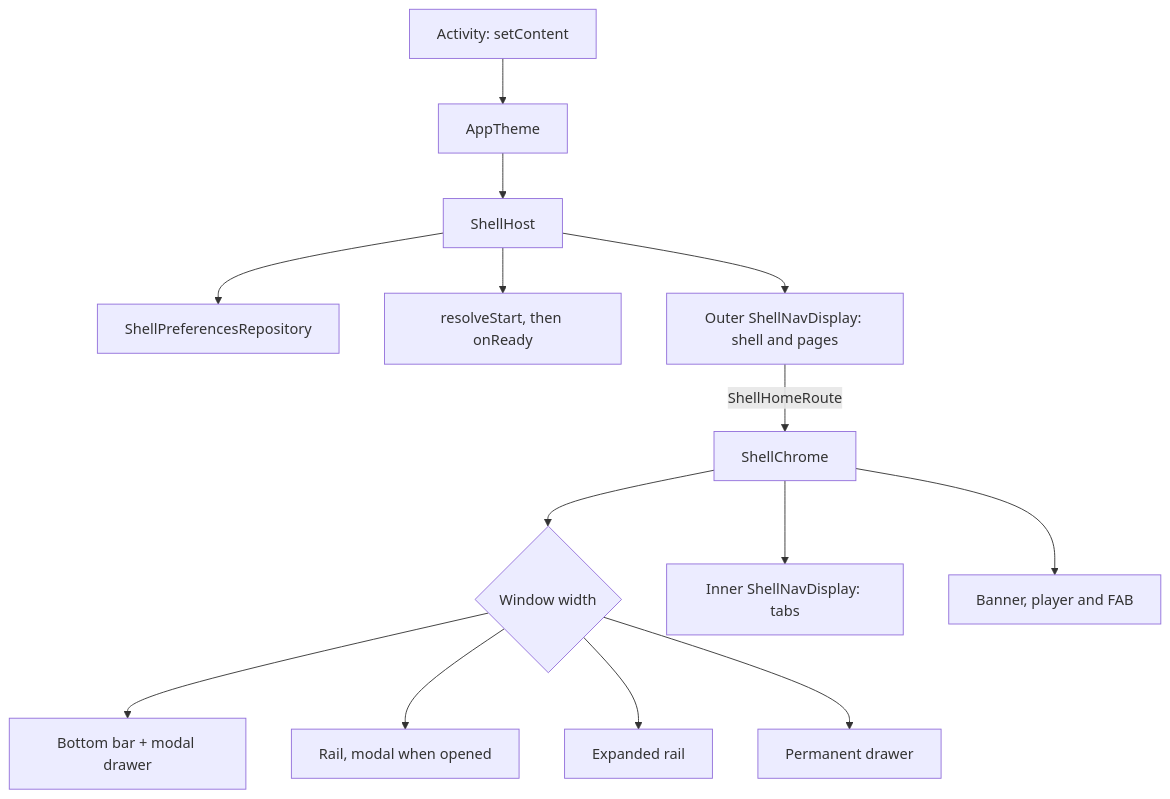
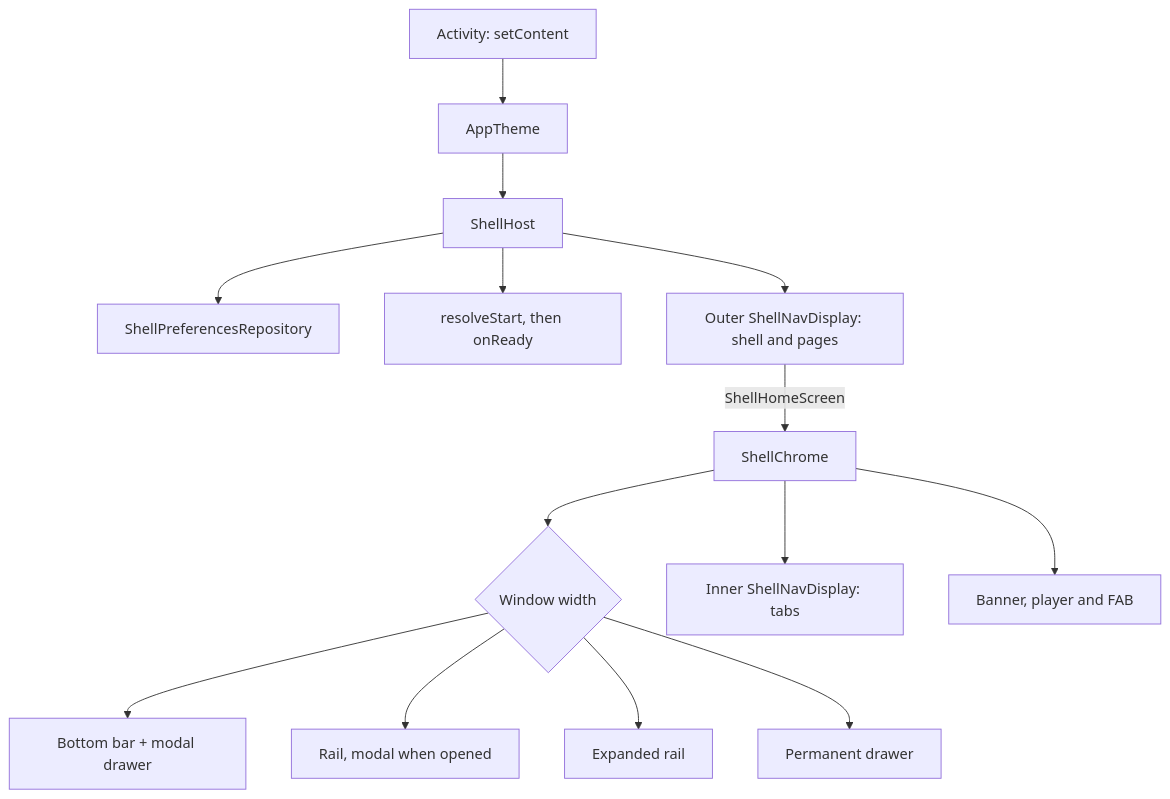
Before and after one commit to MihaiCristianCondrea/App-Toolkit-for-Android: the diagram in library/shell/README.md, drawn with Mermaid. The commit also changed 125 other files, not shown here.

````diff
--- a/library/shell/README.md
+++ b/library/shell/README.md
@@ -73,16 +73,16 @@
 ```mermaid
 flowchart TD
     App[Activity: setContent] --> Theme[AppTheme]
     Theme --> Host[ShellHost]
     Host --> Prefs[ShellPreferencesRepository]
     Host --> Start[resolveStart, then onReady]
     Host --> Outer[Outer ShellNavDisplay: shell and pages]
-    Outer -->|ShellHomeRoute| Chrome[ShellChrome]
+    Outer -->|ShellHomeScreen| Chrome[ShellChrome]
     Chrome --> Layout{Window width}
     Layout --> Bar[Bottom bar + modal drawer]
     Layout --> Rail[Rail, modal when opened]
     Layout --> Expanded[Expanded rail]
     Layout --> Drawer[Permanent drawer]
     Chrome --> Inner[Inner ShellNavDisplay: tabs]
     Chrome --> Bottom[Banner, player and FAB]
 ```
````
